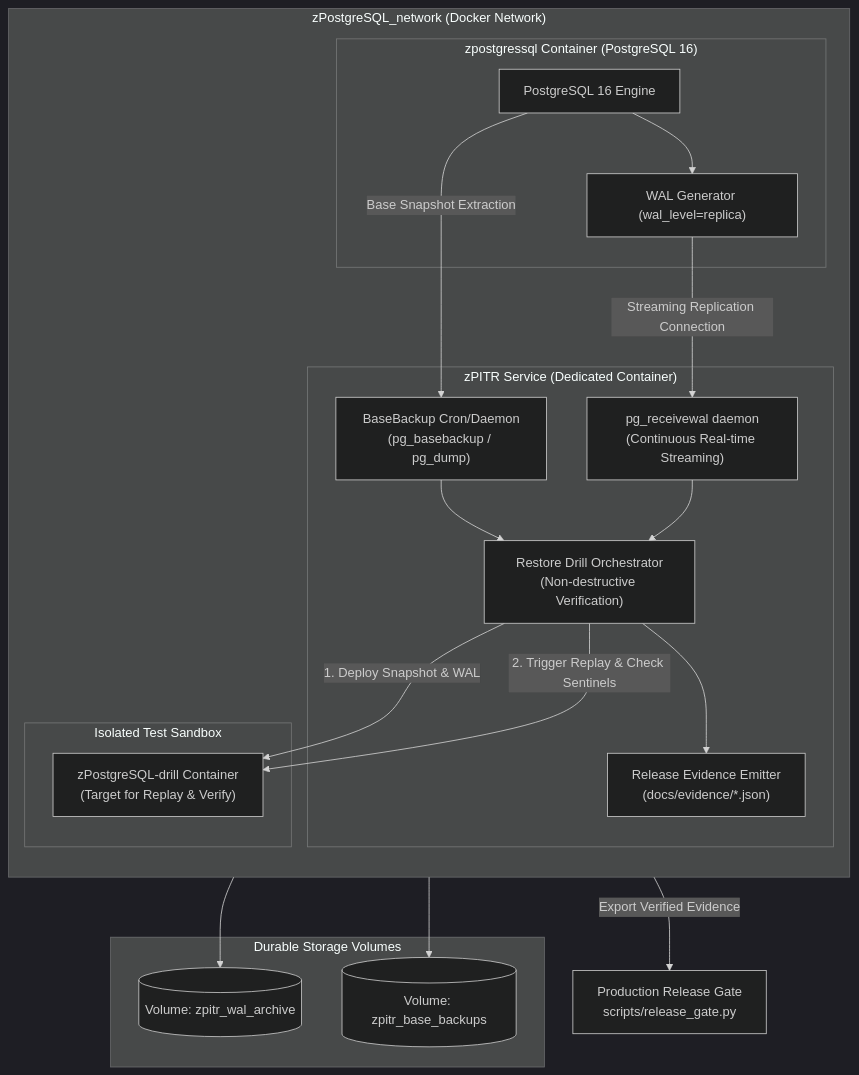
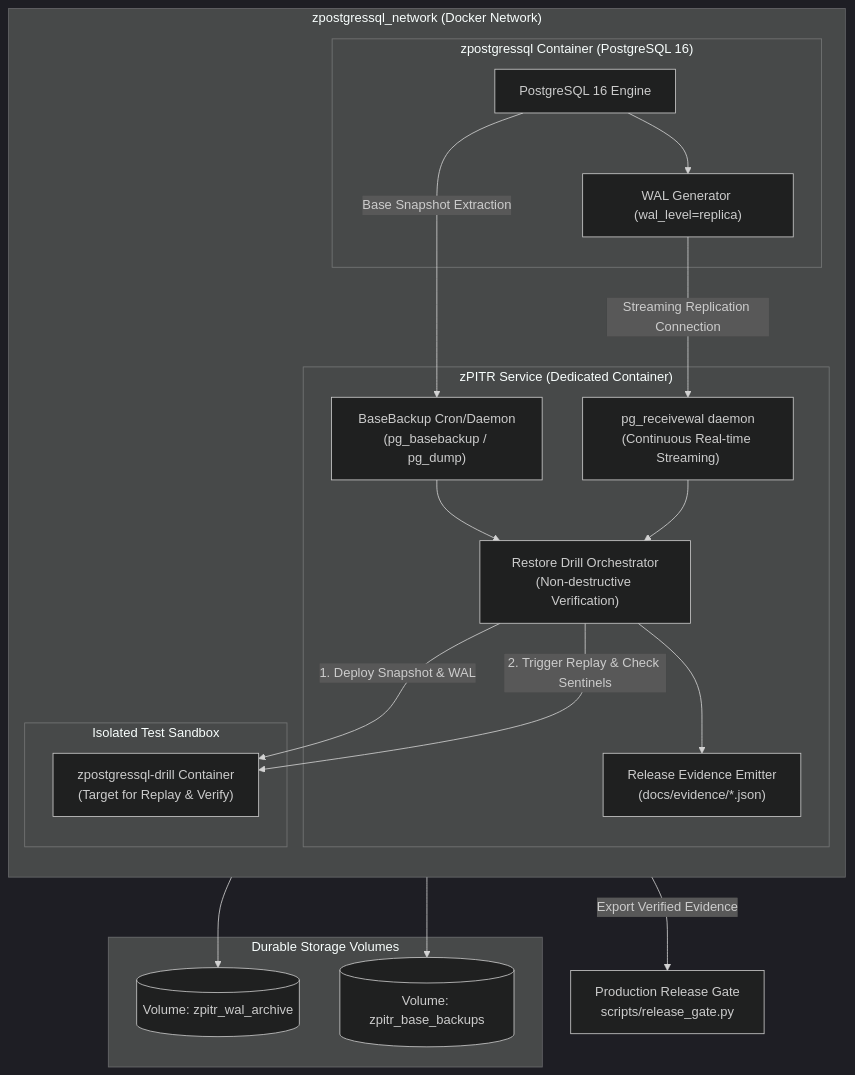
Before and after one commit to cvsz/zcoder: the diagram in docs/operations/zpitr-implementation.md, drawn with Mermaid (dark theme). The commit also changed other lines of this file and 75 other files, not shown here.

````diff
--- a/docs/operations/zpitr-implementation.md
+++ b/docs/operations/zpitr-implementation.md
@@ -26,41 +26,41 @@
 ```mermaid
 flowchart TD
-    subgraph PrimaryNetwork ["zPostgreSQL_network (Docker Network)"]
+    subgraph PrimaryNetwork ["zpostgressql_network (Docker Network)"]
         direction TB
         subgraph PrimaryDB ["zpostgressql Container (PostgreSQL 16)"]
             PGCore["PostgreSQL 16 Engine"]
             WALEngine["WAL Generator (wal_level=replica)"]
             PGCore --> WALEngine
         end
 
         subgraph zPITRContainer ["zPITR Service (Dedicated Container)"]
             WALReceiver["pg_receivewal daemon<br/>(Continuous Real-time Streaming)"]
             BaseBackupRunner["BaseBackup Cron/Daemon<br/>(pg_basebackup / pg_dump)"]
             DrillOrchestrator["Restore Drill Orchestrator<br/>(Non-destructive Verification)"]
             EvidenceEmitter["Release Evidence Emitter<br/>(docs/evidence/*.json)"]
             
             BaseBackupRunner --> DrillOrchestrator
             WALReceiver --> DrillOrchestrator
             DrillOrchestrator --> EvidenceEmitter
         end
 
         subgraph TestEnvironment ["Isolated Test Sandbox"]
-            IsolatedPG["zPostgreSQL-drill Container<br/>(Target for Replay & Verify)"]
+            IsolatedPG["zpostgressql-drill Container<br/>(Target for Replay & Verify)"]
         end
     end
 
     subgraph StorageVolumes ["Durable Storage Volumes"]
         WALVol[("Volume: zpitr_wal_archive")]
         BaseVol[("Volume: zpitr_base_backups")]
     end
 
     WALEngine -- "Streaming Replication Connection" --> WALReceiver
     PGCore -- "Base Snapshot Extraction" --> BaseBackupRunner
     
     WALReceiver --> WALVol
     BaseBackupRunner --> BaseVol
     
     DrillOrchestrator -- "1. Deploy Snapshot & WAL" --> IsolatedPG
     DrillOrchestrator -- "2. Trigger Replay & Check Sentinels" --> IsolatedPG
     EvidenceEmitter -- "Export Verified Evidence" --> Gate["Production Release Gate<br/>scripts/release_gate.py"]
 ```
````
